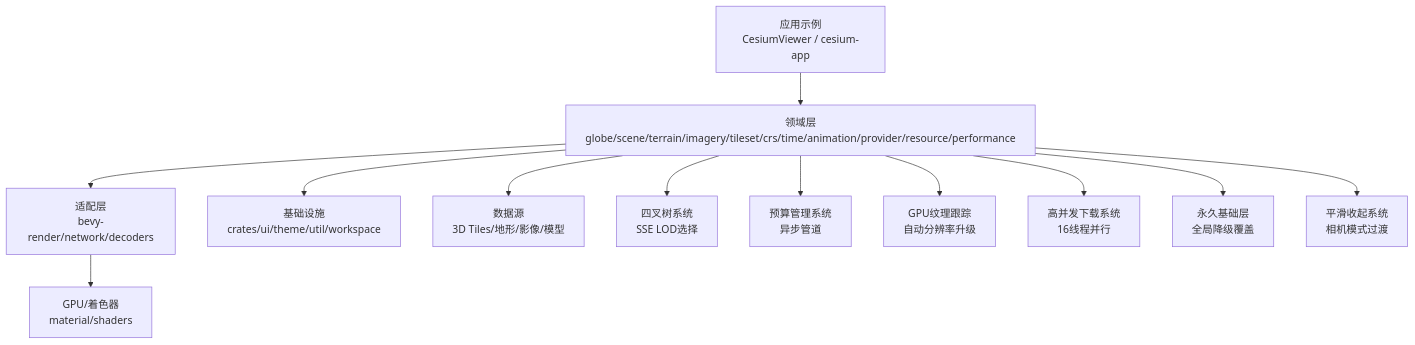
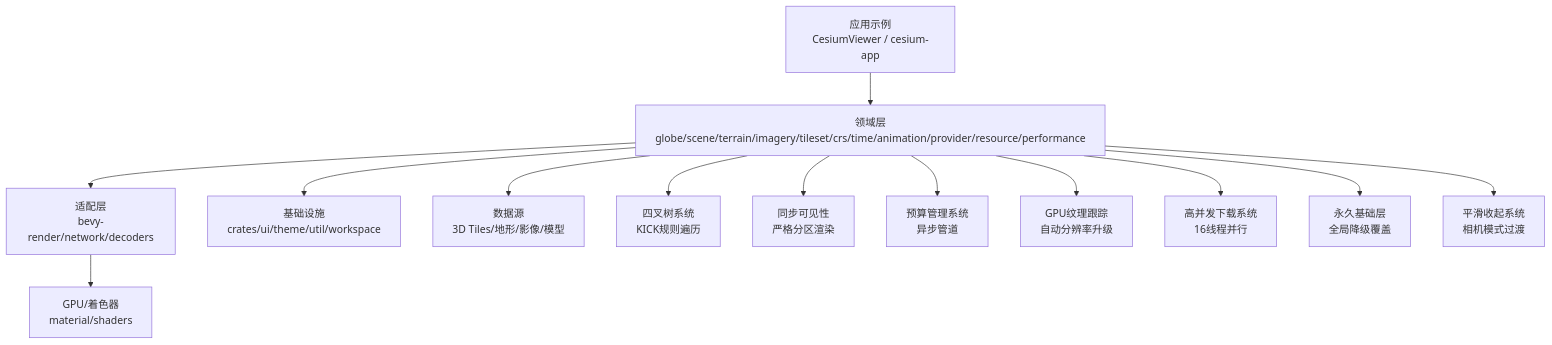
One commit to rzhangjing/cesium changed the second of 24 diagrams in .qoder/repowiki/zh/content/核心概念/渲染管线与场景图/动态地球渲染系统.md. Above: the diagram before and after it, drawn with Mermaid. The commit also changed other lines of this file and 16 other files, not shown here.

````diff
--- a/.qoder/repowiki/zh/content/核心概念/渲染管线与场景图/动态地球渲染系统.md
+++ b/.qoder/repowiki/zh/content/核心概念/渲染管线与场景图/动态地球渲染系统.md
@@ -154,26 +157,28 @@
 ```mermaid
 graph TB
 App["应用示例<br/>CesiumViewer / cesium-app"]
 Domain["领域层<br/>globe/scene/terrain/imagery/tileset/crs/time/animation/provider/resource/performance"]
 Adapter["适配层<br/>bevy-render/network/decoders"]
 Infra["基础设施<br/>crates/ui/theme/util/workspace"]
 Data["数据源<br/>3D Tiles/地形/影像/模型"]
 GPU["GPU/着色器<br/>material/shaders"]
-Quadtree["四叉树系统<br/>SSE LOD选择"]
+Quadtree["四叉树系统<br/>KICK规则遍历"]
+SyncVis["同步可见性<br/>严格分区渲染"]
 Budget["预算管理系统<br/>异步管道"]
 TextureTrack["GPU纹理跟踪<br/>自动分辨率升级"]
 DownloadSys["高并发下载系统<br/>16线程并行"]
 BaseLayer["永久基础层<br/>全局降级覆盖"]
 SmoothTransition["平滑收起系统<br/>相机模式过渡"]
 App --> Domain
 Domain --> Adapter
 Adapter --> GPU
 Domain --> Data
 Domain --> Infra
 Domain --> Quadtree
+Domain --> SyncVis
 Domain --> Budget
 Domain --> TextureTrack
 Domain --> DownloadSys
 Domain --> BaseLayer
 Domain --> SmoothTransition
 ```
````
